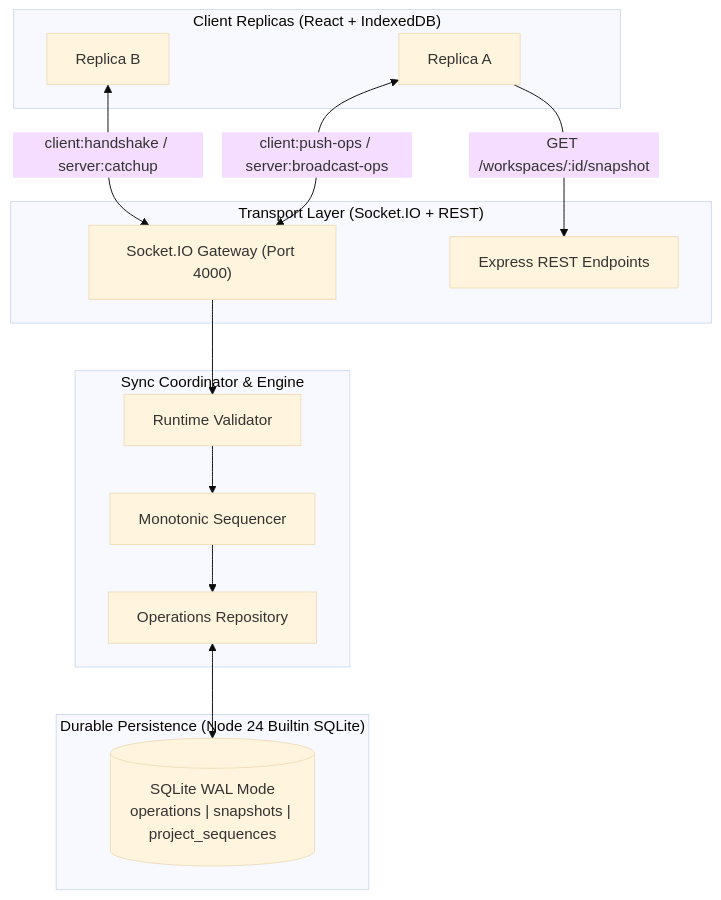
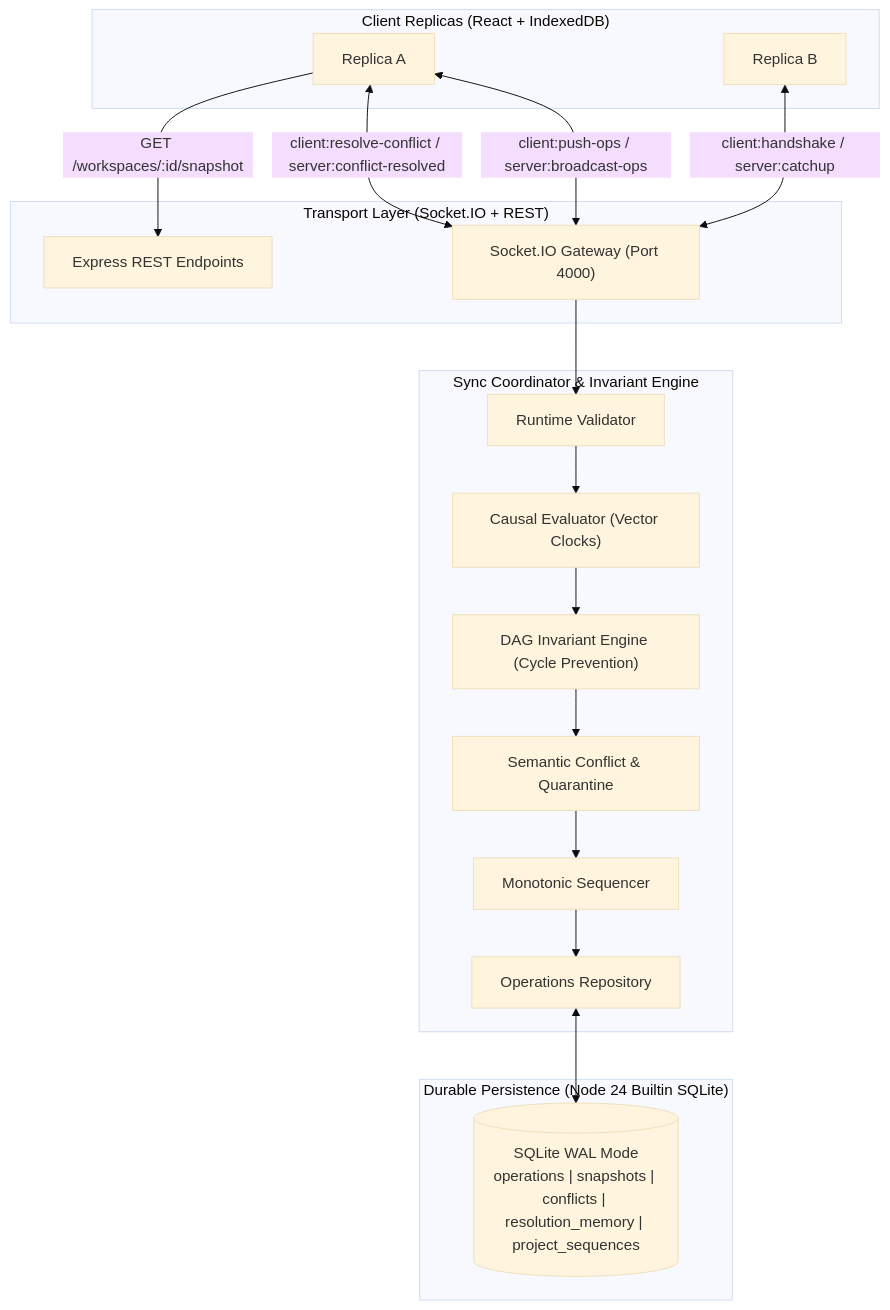
Before and after one commit to brijesh2563/bytex-ampics: the first of 2 diagrams in docs/NEXUSSYNC_ARCHITECTURE_AND_LOGIC.md, drawn with Mermaid (base theme). The commit also changed other lines of this file and 11 other files, not shown here.

Commit message:
feat(backend): add semantic conflict and DAG invariant engine

````diff
--- a/docs/NEXUSSYNC_ARCHITECTURE_AND_LOGIC.md
+++ b/docs/NEXUSSYNC_ARCHITECTURE_AND_LOGIC.md
@@ -19,31 +21,38 @@
 ```mermaid
 flowchart TD
     subgraph ClientReplicas["Client Replicas (React + IndexedDB)"]
         ClientA["Replica A"]
         ClientB["Replica B"]
     end
 
     subgraph Transport["Transport Layer (Socket.IO + REST)"]
         Gateway["Socket.IO Gateway (Port 4000)"]
         REST["Express REST Endpoints"]
     end
 
-    subgraph SyncCore["Sync Coordinator & Engine"]
+    subgraph SyncCore["Sync Coordinator & Invariant Engine"]
         Validator["Runtime Validator"]
+        Causality["Causal Evaluator (Vector Clocks)"]
+        DAGEngine["DAG Invariant Engine (Cycle Prevention)"]
+        ConflictEngine["Semantic Conflict & Quarantine"]
         Sequencer["Monotonic Sequencer"]
         Repo["Operations Repository"]
     end
 
     subgraph Storage["Durable Persistence (Node 24 Builtin SQLite)"]
-        DB[("SQLite WAL Mode\noperations | snapshots | project_sequences")]
+        DB[("SQLite WAL Mode\noperations | snapshots | conflicts | resolution_memory | project_sequences")]
     end
 
     ClientA <-->|client:push-ops / server:broadcast-ops| Gateway
     ClientB <-->|client:handshake / server:catchup| Gateway
+    ClientA <-->|client:resolve-conflict / server:conflict-resolved| Gateway
     ClientA -->|GET /workspaces/:id/snapshot| REST
 
     Gateway --> Validator
-    Validator --> Sequencer
+    Validator --> Causality
+    Causality --> DAGEngine
+    DAGEngine --> ConflictEngine
+    ConflictEngine --> Sequencer
     Sequencer --> Repo
     Repo <--> DB
 ```
````
